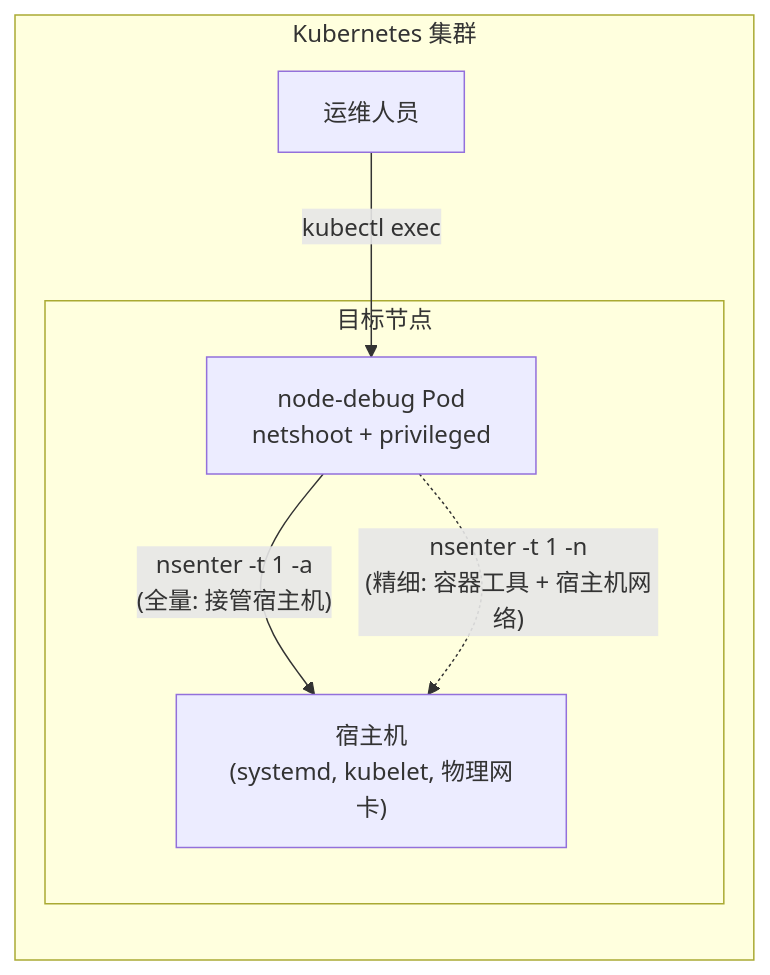
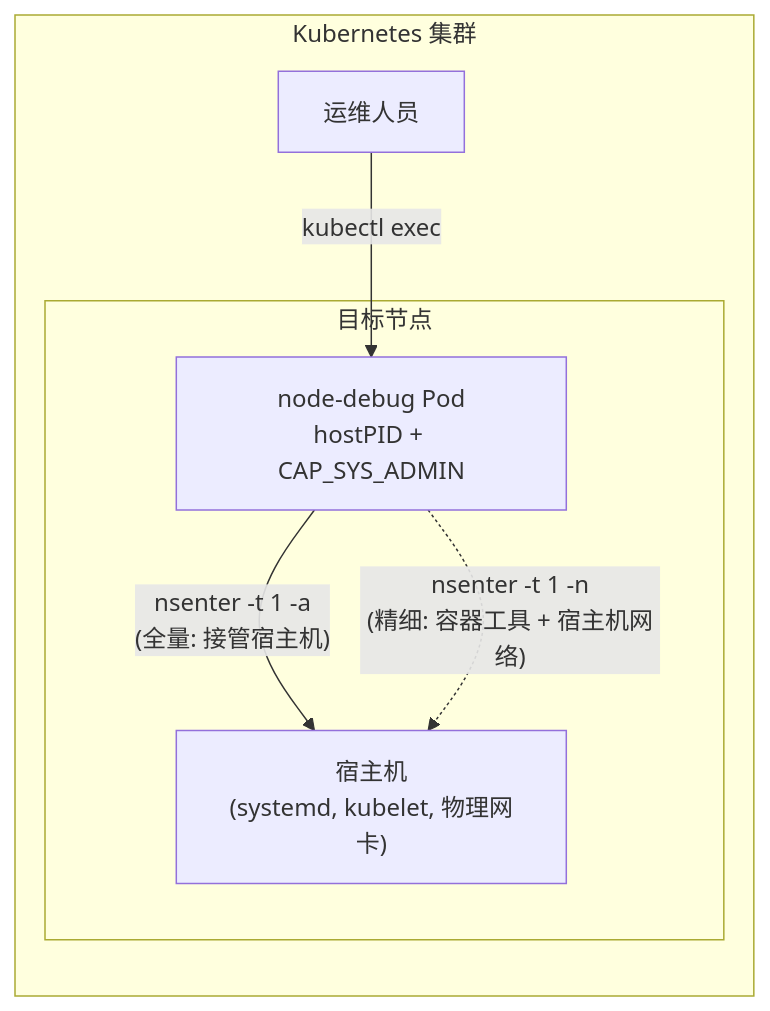
One commit to iuin8/doc-record changed the diagram in docs/kubernetes/docs/node-debug/node-debug.md. Above: the diagram before and after it, drawn with Mermaid. The commit also changed other lines of this file and 1 other file, not shown here.

Commit message:
fix: 更新 node-debug 文档，明确 Pod 权限和配置说明

````diff
--- a/docs/kubernetes/docs/node-debug/node-debug.md
+++ b/docs/kubernetes/docs/node-debug/node-debug.md
@@ -15,12 +15,12 @@
 ```mermaid
 flowchart LR
     subgraph Cluster["Kubernetes 集群"]
         subgraph Node["目标节点"]
             Host["宿主机<br/>(systemd, kubelet, 物理网卡)"]
-            Debug["node-debug Pod<br/>netshoot + privileged"]
+            Debug["node-debug Pod<br/>hostPID + CAP_SYS_ADMIN"]
         end
         User["运维人员"] -->|kubectl exec| Debug
         Debug -->|"nsenter -t 1 -a<br/>(全量: 接管宿主机)"| Host
         Debug -.->|"nsenter -t 1 -n<br/>(精细: 容器工具 + 宿主机网络)"| Host
     end
 ```
````
